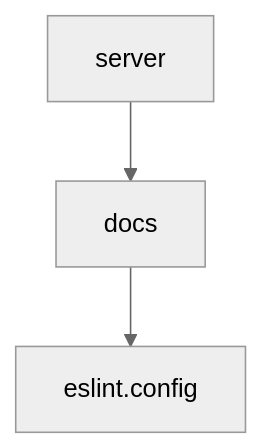
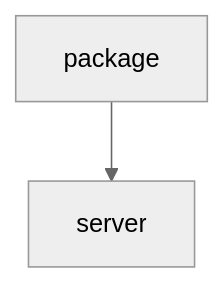
Before and after one commit to johnxie/awesome-code-docs: the diagram in tutorials/context7-tutorial/01-getting-started.md, drawn with Mermaid (neutral theme). The commit also changed other lines of this file and 1232 other files, not shown here.

````diff
--- a/tutorials/context7-tutorial/01-getting-started.md
+++ b/tutorials/context7-tutorial/01-getting-started.md
@@ -189,8 +143,6 @@
 ```mermaid
 flowchart TD
-    A[server]
-    B[docs]
-    C[eslint.config]
+    A[package]
+    B[server]
     A --> B
-    B --> C
 ```
````
